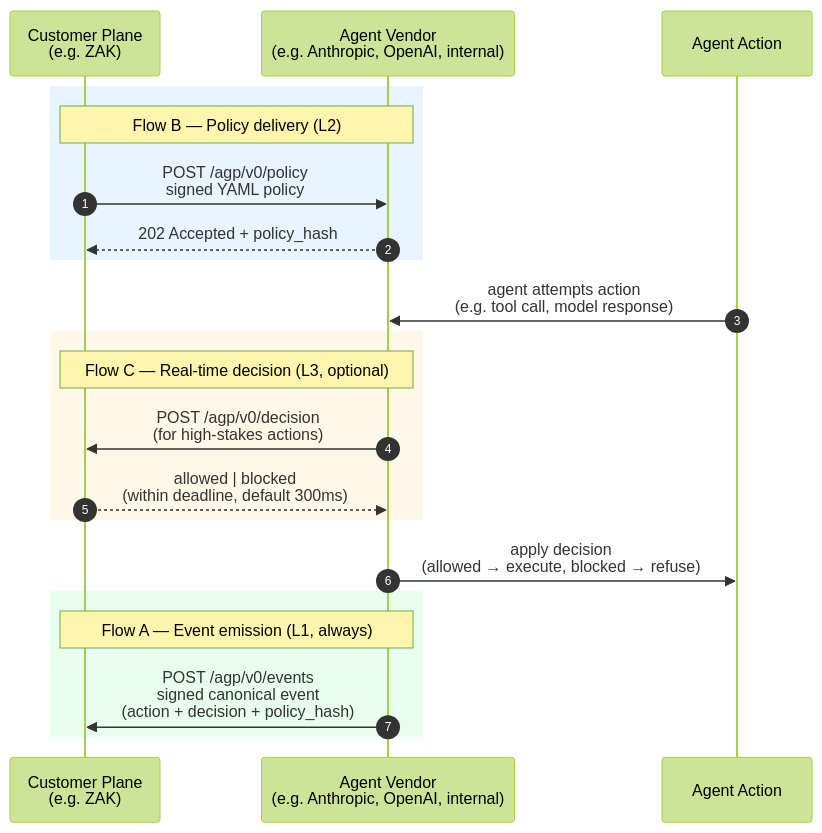
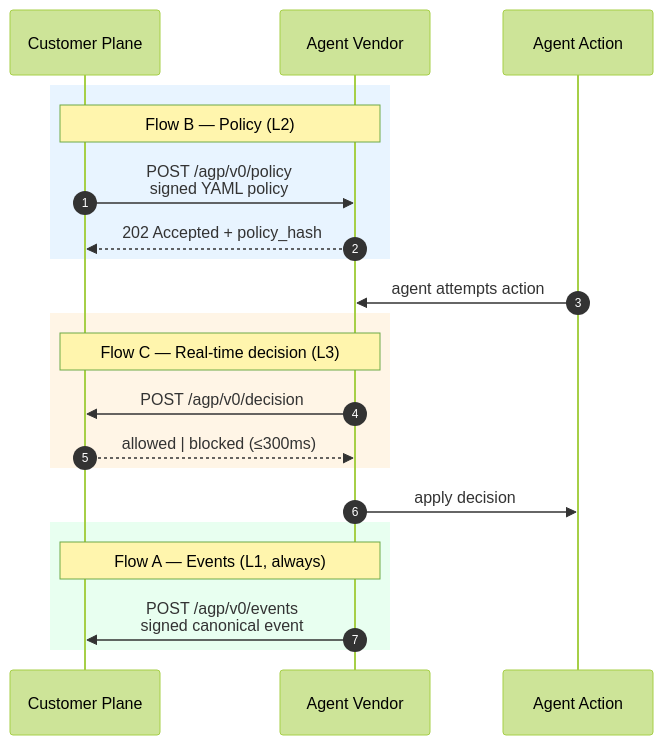
Before and after one commit to openagp/.github: the diagram in profile/README.md, drawn with Mermaid (forest theme). The commit also changed other lines of this file and 2 other files, not shown here.

````diff
--- a/profile/README.md
+++ b/profile/README.md
@@ -35,28 +63,28 @@
 ```mermaid
 sequenceDiagram
     autonumber
-    participant Plane as Customer Plane<br/>(e.g. ZAK)
-    participant Vendor as Agent Vendor<br/>(e.g. Anthropic, OpenAI, internal)
+    participant Plane as Customer Plane
+    participant Vendor as Agent Vendor
     participant Agent as Agent Action
 
     rect rgb(232, 244, 255)
-    Note over Plane, Vendor: Flow B — Policy delivery (L2)
+    Note over Plane, Vendor: Flow B — Policy (L2)
     Plane->>Vendor: POST /agp/v0/policy<br/>signed YAML policy
     Vendor-->>Plane: 202 Accepted + policy_hash
     end
 
-    Agent->>Vendor: agent attempts action<br/>(e.g. tool call, model response)
+    Agent->>Vendor: agent attempts action
 
-    rect rgb(255, 248, 232)
-    Note over Vendor, Plane: Flow C — Real-time decision (L3, optional)
-    Vendor->>Plane: POST /agp/v0/decision<br/>(for high-stakes actions)
-    Plane-->>Vendor: allowed | blocked<br/>(within deadline, default 300ms)
+    rect rgb(255, 245, 230)
+    Note over Vendor, Plane: Flow C — Real-time decision (L3)
+    Vendor->>Plane: POST /agp/v0/decision
+    Plane-->>Vendor: allowed | blocked (≤300ms)
     end
 
-    Vendor->>Agent: apply decision<br/>(allowed → execute, blocked → refuse)
+    Vendor->>Agent: apply decision
 
     rect rgb(232, 255, 240)
-    Note over Vendor, Plane: Flow A — Event emission (L1, always)
-    Vendor->>Plane: POST /agp/v0/events<br/>signed canonical event<br/>(action + decision + policy_hash)
+    Note over Vendor, Plane: Flow A — Events (L1, always)
+    Vendor->>Plane: POST /agp/v0/events<br/>signed canonical event
     end
 ```
````
